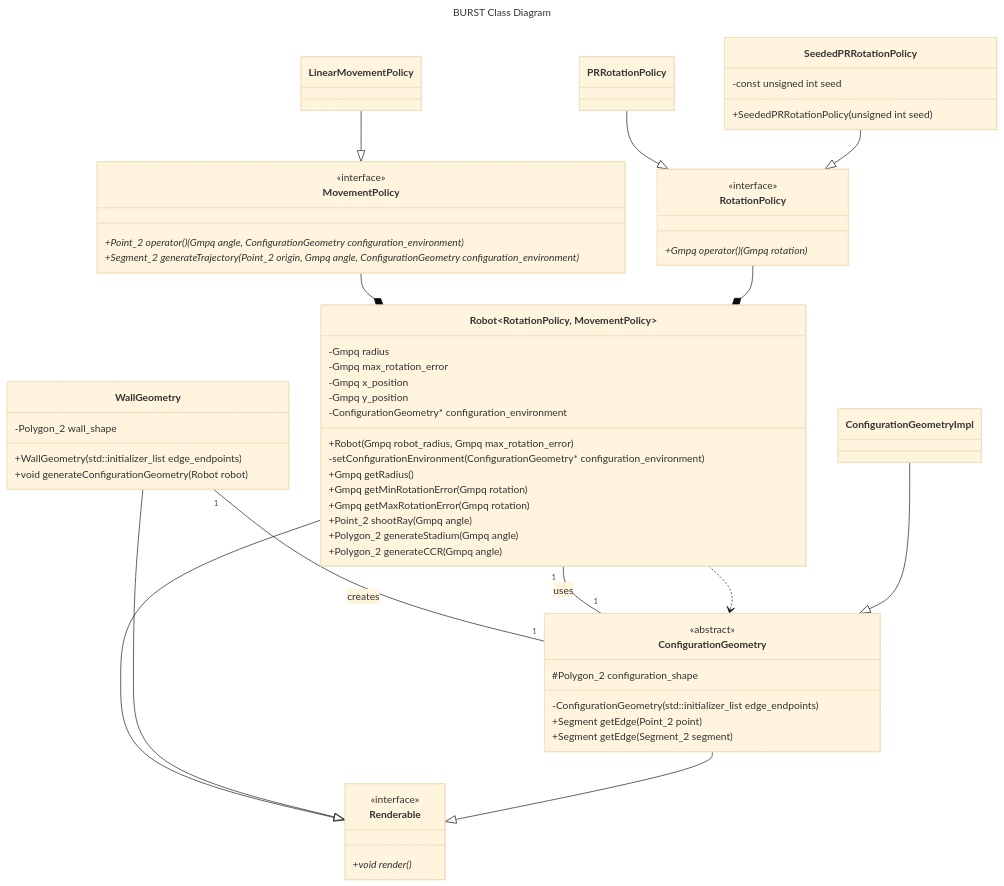
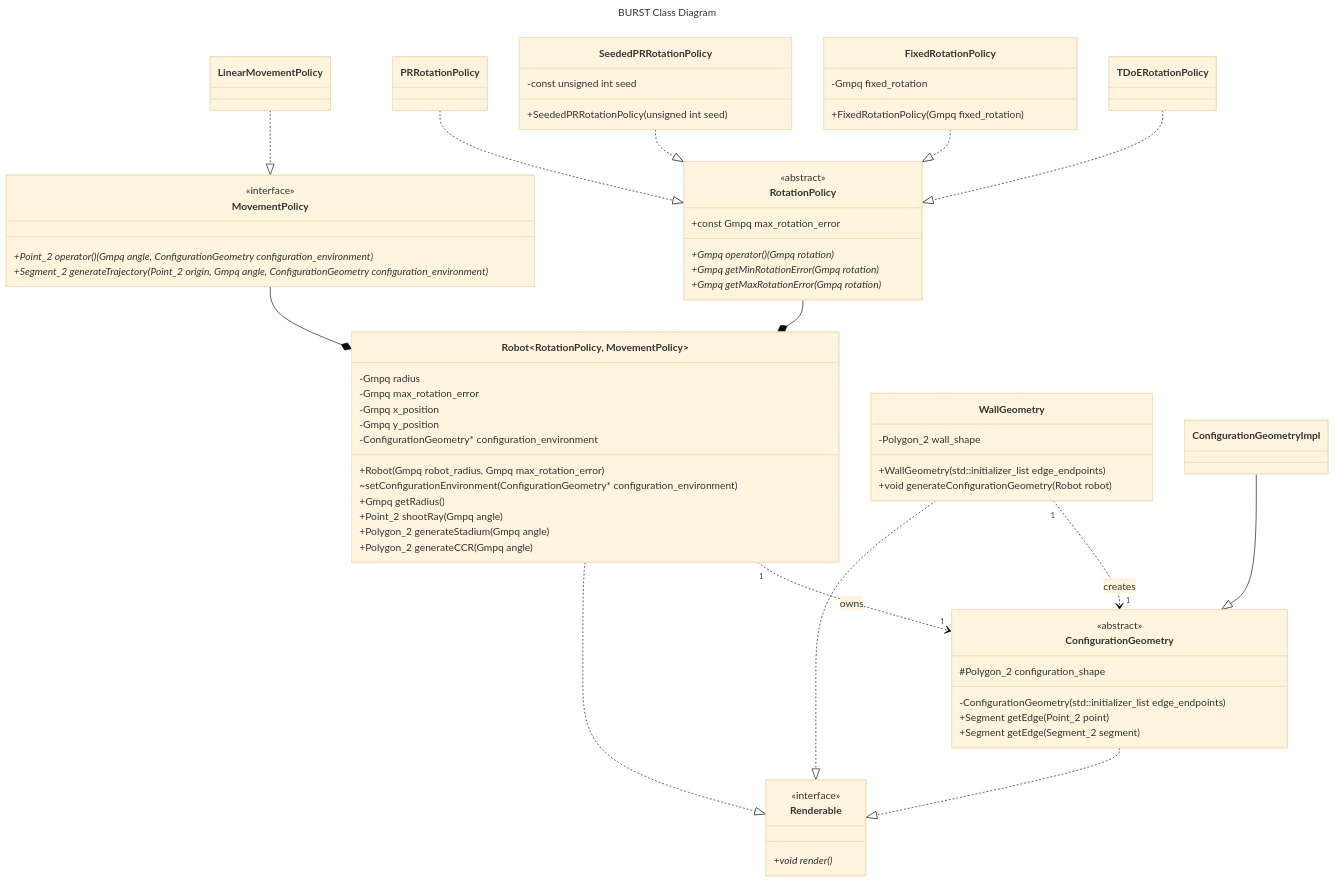
Before and after one commit to KedarPanchal/DAIR-BURST: the diagram in docs/DESIGN.md, drawn with Mermaid (base theme). The commit also changed other lines of this file, not shown here.

```diff
--- a/docs/DESIGN.md
+++ b/docs/DESIGN.md
@@ -18,19 +18,32 @@
 title: BURST Class Diagram
 ---
 classDiagram
+    direction TD
     class RotationPolicy {
+        +const Gmpq max_rotation_error
         +Gmpq operator() (Gmpq rotation)*
+        +Gmpq getMinRotationError(Gmpq rotation)*
+        +Gmpq getMaxRotationError(Gmpq rotation)*
     }
-    <<interface>> RotationPolicy
+    <<abstract>> RotationPolicy
     
     class PRRotationPolicy 
-    PRRotationPolicy --|> RotationPolicy
+    PRRotationPolicy ..|> RotationPolicy
 
     class SeededPRRotationPolicy {
         -const unsigned int seed
         +SeededPRRotationPolicy(unsigned int seed)
     }
-    SeededPRRotationPolicy --|> RotationPolicy
+    SeededPRRotationPolicy ..|> RotationPolicy
+
+    class FixedRotationPolicy {
+        -Gmpq fixed_rotation
+        +FixedRotationPolicy(Gmpq fixed_rotation)
+    }
+    FixedRotationPolicy ..|> RotationPolicy
+
+    class TDoERotationPolicy
+    TDoERotationPolicy ..|> RotationPolicy
 
     class MovementPolicy {
         +Point_2 operator() (Gmpq angle, ConfigurationGeometry configuration_environment)*
@@ -38,9 +51,8 @@
     }
     <<interface>> MovementPolicy
 
-    class LinearMovementPolicy {
-    }
-    LinearMovementPolicy --|> MovementPolicy
+    class LinearMovementPolicy
+    LinearMovementPolicy ..|> MovementPolicy
 
     class Renderable {
         +void render()*
@@ -55,15 +67,13 @@
         -ConfigurationGeometry* configuration_environment
 
         +Robot(Gmpq robot_radius, Gmpq max_rotation_error)
-        -setConfigurationEnvironment(ConfigurationGeometry* configuration_environment)
+        ~setConfigurationEnvironment(ConfigurationGeometry* configuration_environment)
         +Gmpq getRadius()
-        +Gmpq getMinRotationError(Gmpq rotation)
-        +Gmpq getMaxRotationError(Gmpq rotation)
         +Point_2 shootRay(Gmpq angle)
         +Polygon_2 generateStadium(Gmpq angle)
         +Polygon_2 generateCCR(Gmpq angle)
     }
-    Robot --|> Renderable
+    Robot ..|> Renderable
     MovementPolicy --* Robot
     RotationPolicy --* Robot
 
@@ -72,7 +82,7 @@
         +WallGeometry(std::initializer_list<Point_2> edge_endpoints)
         +void generateConfigurationGeometry(Robot robot)
     }
-    WallGeometry --|> Renderable
+    WallGeometry ..|> Renderable
 
     class ConfigurationGeometry {
         #Polygon_2 configuration_shape
@@ -81,10 +91,9 @@
         +Segment getEdge(Segment_2 segment)
     }
     <<abstract>> ConfigurationGeometry
-    ConfigurationGeometry --|> Renderable
-    WallGeometry "1" -- "1" ConfigurationGeometry : creates
-    Robot "1" -- "1" ConfigurationGeometry : uses
-    Robot ..> ConfigurationGeometry
+    ConfigurationGeometry ..|> Renderable
+    WallGeometry "1" ..> "1" ConfigurationGeometry : creates
+    Robot "1" ..> "1" ConfigurationGeometry : owns
 
     class ConfigurationGeometryImpl
     ConfigurationGeometryImpl --|> ConfigurationGeometry
```
